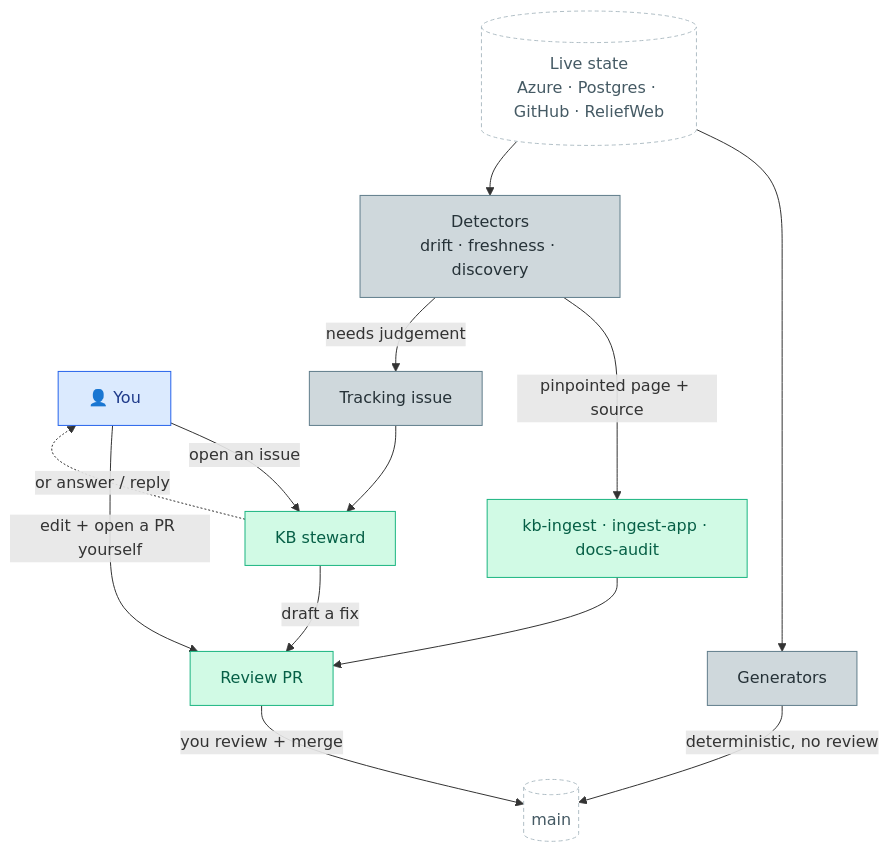
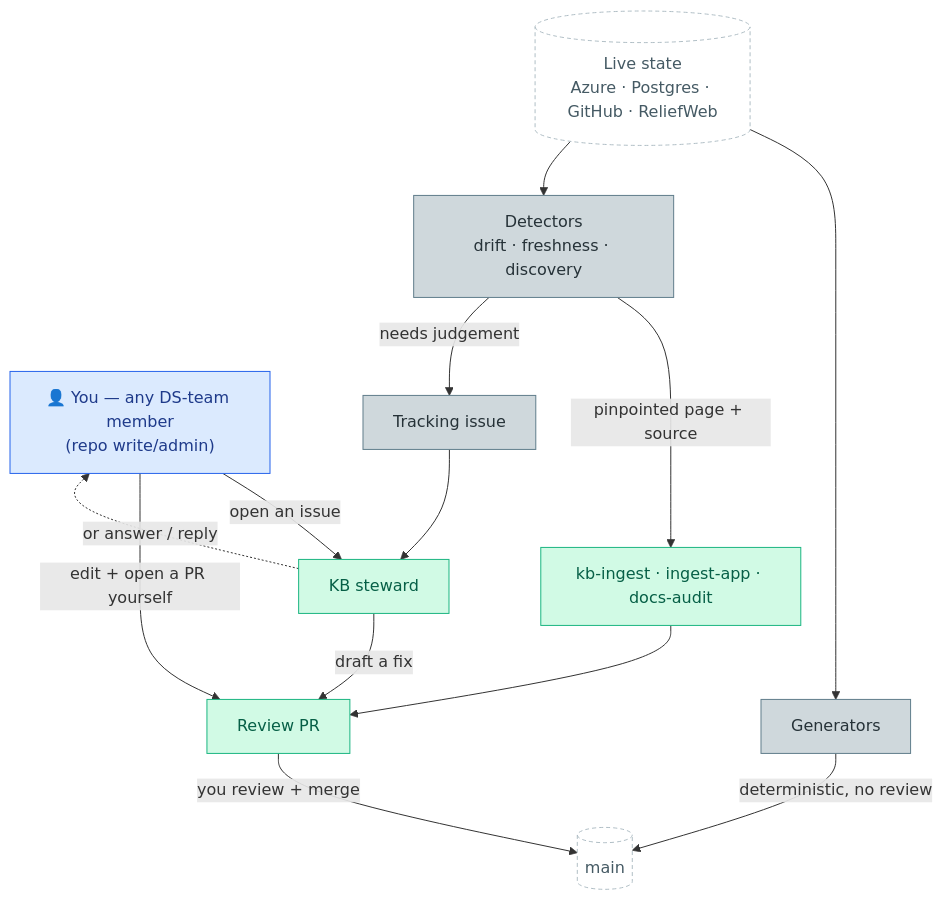
The diagram in infrastructure/automation.md (OCHA-DAP/ds-knowledge-base), drawn with Mermaid before and after one commit. The commit also changed other lines of this file, not shown here.

First line of the commit message:
docs(automation): make clear 'you' = any DS-team member (repo write/admin)

````diff
--- a/infrastructure/automation.md
+++ b/infrastructure/automation.md
@@ -18,29 +18,29 @@
 ```mermaid
 flowchart TD
-  H["👤 You"]:::human
+  H["👤 You — any DS-team member<br/>(repo write/admin)"]:::human
   Src[("Live state<br/>Azure · Postgres · GitHub · ReliefWeb")]:::data
 
   Gen["Generators"]:::mech
   Det["Detectors<br/>drift · freshness · discovery"]:::mech
   Iss["Tracking issue"]:::mech
 
   Stew["KB steward"]:::stew
   Ing["kb-ingest · ingest-app · docs-audit"]:::stew
   PR["Review PR"]:::stew
   Main[("main")]:::data
 
   H -->|"open an issue"| Stew
   H -->|"edit + open a PR yourself"| PR
   Src --> Gen -->|"deterministic, no review"| Main
   Src --> Det
   Det -->|"pinpointed page + source"| Ing --> PR
   Det -->|"needs judgement"| Iss --> Stew
   Stew -->|"draft a fix"| PR
   Stew -.->|"or answer / reply"| H
   PR -->|"you review + merge"| Main
 
   classDef human fill:#dbeafe,stroke:#2563eb,color:#1e3a8a
   classDef stew  fill:#d1fae5,stroke:#1BB581,color:#065f46
   classDef mech  fill:#cfd8dc,stroke:#607d8b,color:#263238
   classDef data  fill:#ffffff,stroke:#b0bec5,color:#455a64,stroke-dasharray:4 3
 ```
````
